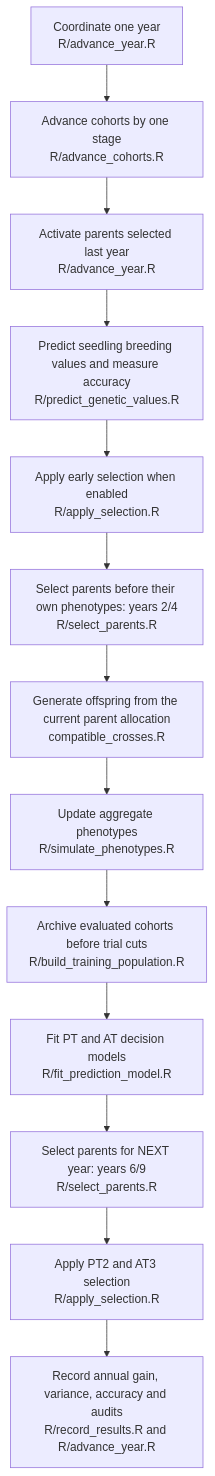
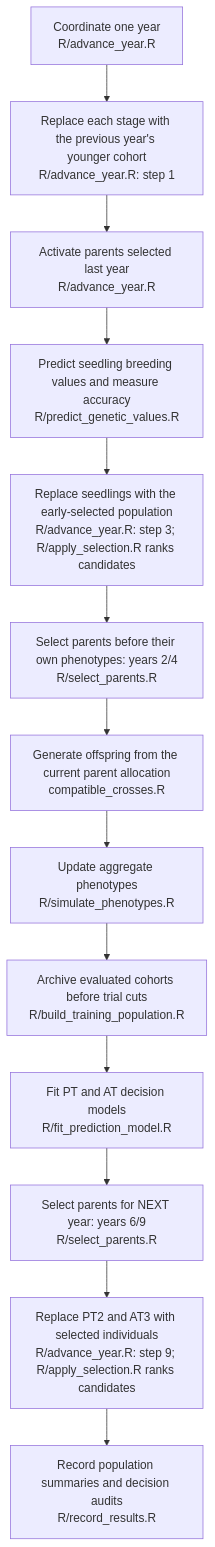
Before and after one commit to jorgemasgomez/almondsim: the second of 3 diagrams in 02_ClonalBreeding/PIPELINE.md, drawn with Mermaid. The commit also changed other lines of this file and 14 other files, not shown here.

````diff
--- a/02_ClonalBreeding/PIPELINE.md
+++ b/02_ClonalBreeding/PIPELINE.md
@@ -42,15 +42,15 @@
 ```mermaid
 flowchart TD
-    Year["Coordinate one year<br/>R/advance_year.R"] --> Age["Advance cohorts by one stage<br/>R/advance_cohorts.R"]
+    Year["Coordinate one year<br/>R/advance_year.R"] --> Age["Replace each stage with the previous year's younger cohort<br/>R/advance_year.R: step 1"]
     Age --> Pending["Activate parents selected last year<br/>R/advance_year.R"]
     Pending --> Predict["Predict seedling breeding values and measure accuracy<br/>R/predict_genetic_values.R"]
-    Predict --> Early["Apply early selection when enabled<br/>R/apply_selection.R"]
+    Predict --> Early["Replace seedlings with the early-selected population<br/>R/advance_year.R: step 3; R/apply_selection.R ranks candidates"]
     Early --> Young["Select parents before their own phenotypes: years 2/4<br/>R/select_parents.R"]
     Young --> Cross["Generate offspring from the current parent allocation<br/>compatible_crosses.R"]
     Cross --> Pheno["Update aggregate phenotypes<br/>R/simulate_phenotypes.R"]
     Pheno --> Archive["Archive evaluated cohorts before trial cuts<br/>R/build_training_population.R"]
     Archive --> Fit["Fit PT and AT decision models<br/>R/fit_prediction_model.R"]
     Fit --> Adult["Select parents for NEXT year: years 6/9<br/>R/select_parents.R"]
-    Adult --> Trials["Apply PT2 and AT3 selection<br/>R/apply_selection.R"]
-    Trials --> Record["Record annual gain, variance, accuracy and audits<br/>R/record_results.R and R/advance_year.R"]
+    Adult --> Trials["Replace PT2 and AT3 with selected individuals<br/>R/advance_year.R: step 9; R/apply_selection.R ranks candidates"]
+    Trials --> Record["Record population summaries and decision audits<br/>R/record_results.R"]
 ```
````
